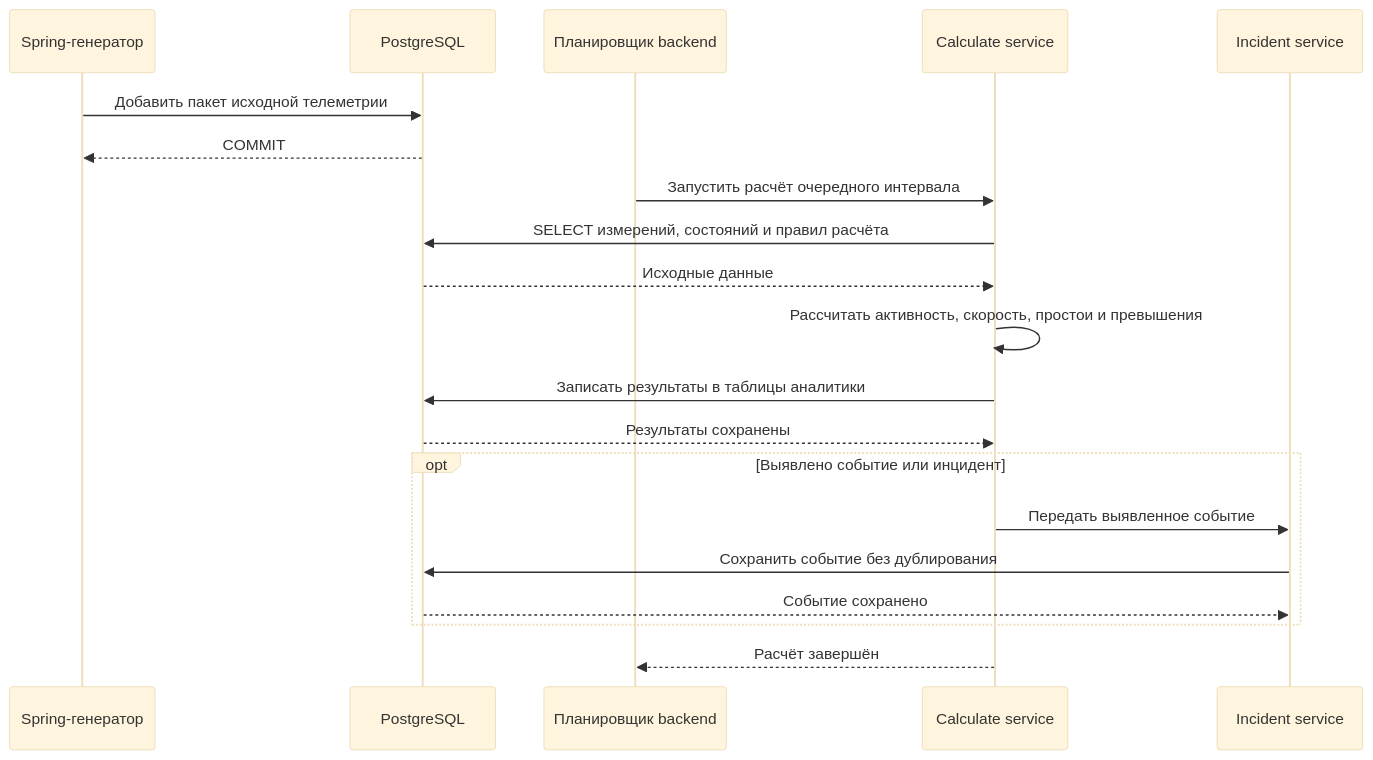
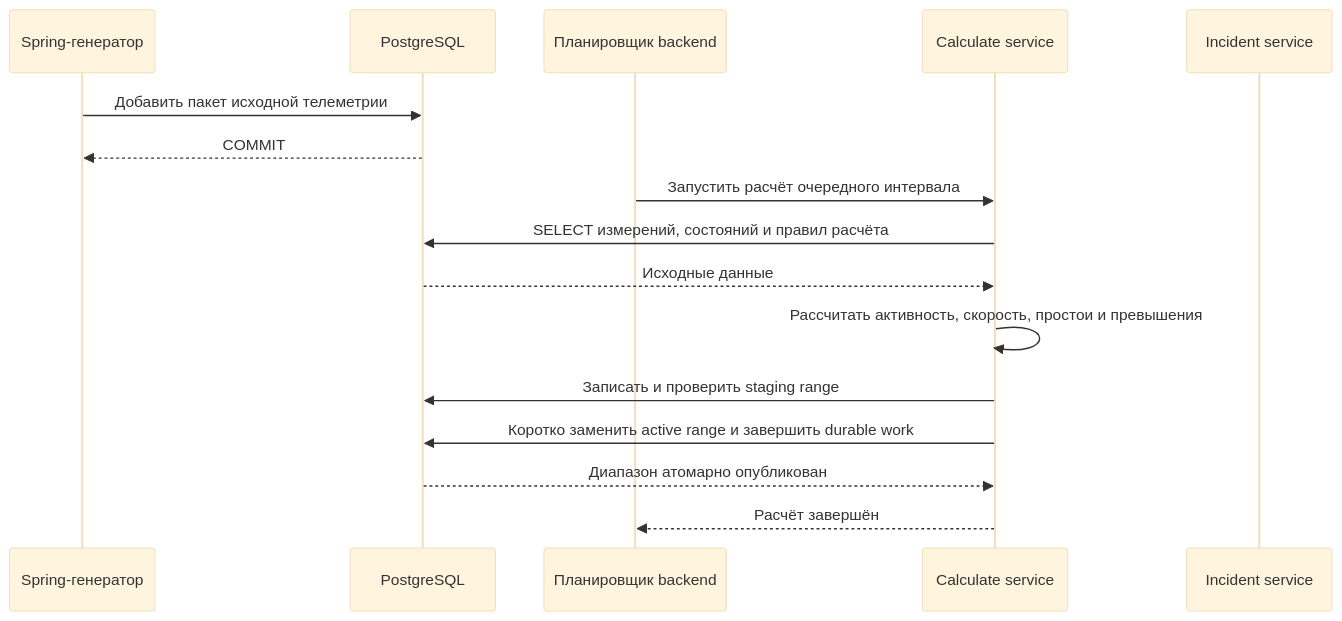
The eighth of 8 diagrams in docs/architecture/fkit-bi-architecture.md (FKIT-BI/fkit-bi-infra), drawn with Mermaid (base theme) before and after one commit. The commit also changed other lines of this file and 11 other files, not shown here.

````diff
--- a/docs/architecture/fkit-bi-architecture.md
+++ b/docs/architecture/fkit-bi-architecture.md
@@ -310,22 +309,18 @@
 ```mermaid
 sequenceDiagram
     participant G as Spring-генератор
     participant D as PostgreSQL
     participant S as Планировщик backend
     participant C as Calculate service
     participant I as Incident service
     G->>D: Добавить пакет исходной телеметрии
     D-->>G: COMMIT
     S->>C: Запустить расчёт очередного интервала
     C->>D: SELECT измерений, состояний и правил расчёта
     D-->>C: Исходные данные
     C->>C: Рассчитать активность, скорость, простои и превышения
-    C->>D: Записать результаты в таблицы аналитики
-    D-->>C: Результаты сохранены
-    opt Выявлено событие или инцидент
-        C->>I: Передать выявленное событие
-        I->>D: Сохранить событие без дублирования
-        D-->>I: Событие сохранено
-    end
+    C->>D: Записать и проверить staging range
+    C->>D: Коротко заменить active range и завершить durable work
+    D-->>C: Диапазон атомарно опубликован
     C-->>S: Расчёт завершён
 ```
````
